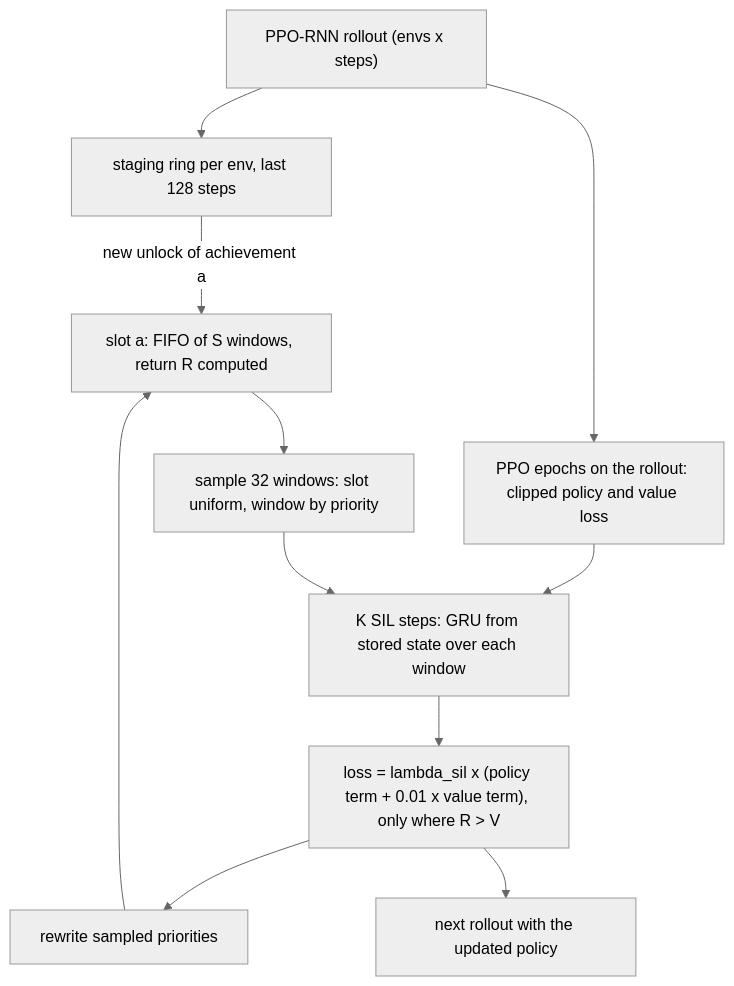
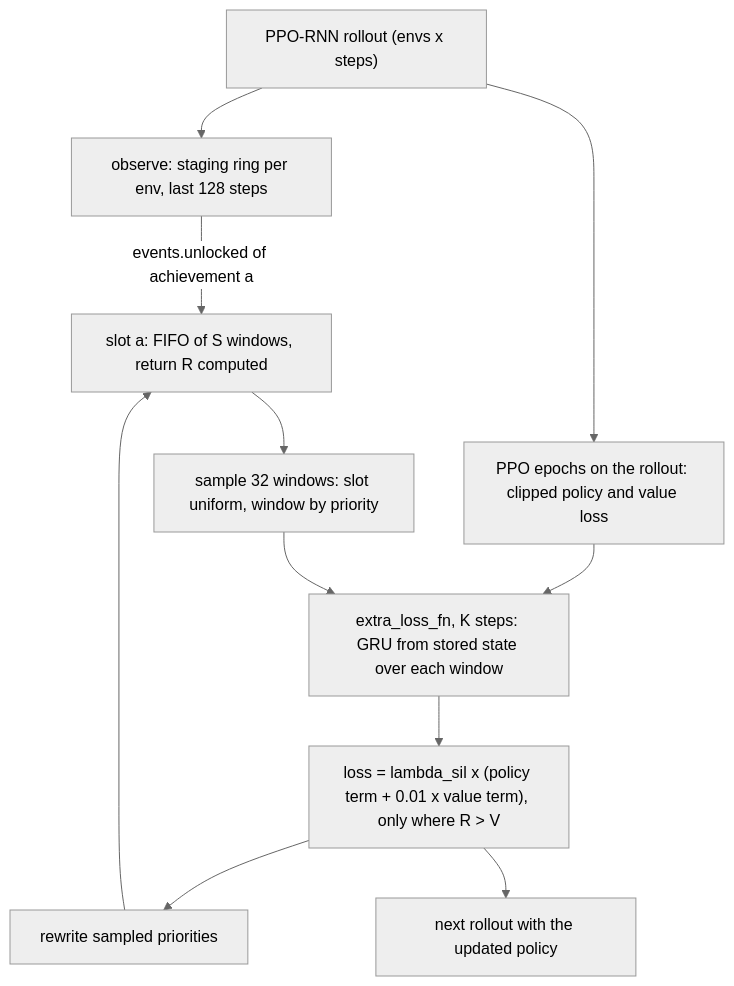
One commit to Pawlo77/rl-craftmax changed the diagram in knowledge/methods/Self-Imitation Learning design.md. Above: the diagram before and after it, drawn with Mermaid (neutral theme). The commit also changed other lines of this file and 27 other files, not shown here.

````diff
--- a/knowledge/methods/Self-Imitation Learning design.md
+++ b/knowledge/methods/Self-Imitation Learning design.md
@@ -66,13 +70,13 @@
 ```mermaid
 flowchart TD
-  R["PPO-RNN rollout (envs x steps)"] --> ST["staging ring per env, last 128 steps"]
+  R["PPO-RNN rollout (envs x steps)"] --> ST["observe: staging ring per env, last 128 steps"]
   R --> PPO["PPO epochs on the rollout: clipped policy and value loss"]
-  ST -->|"new unlock of achievement a"| SL["slot a: FIFO of S windows, return R computed"]
+  ST -->|"events.unlocked of achievement a"| SL["slot a: FIFO of S windows, return R computed"]
   SL --> SMP["sample 32 windows: slot uniform, window by priority"]
-  PPO --> SIL["K SIL steps: GRU from stored state over each window"]
+  PPO --> SIL["extra_loss_fn, K steps: GRU from stored state over each window"]
   SMP --> SIL
   SIL --> LOSS["loss = lambda_sil x (policy term + 0.01 x value term), only where R > V"]
   LOSS --> PRI["rewrite sampled priorities"]
   PRI --> SL
   LOSS --> NEXT["next rollout with the updated policy"]
 ```
````
